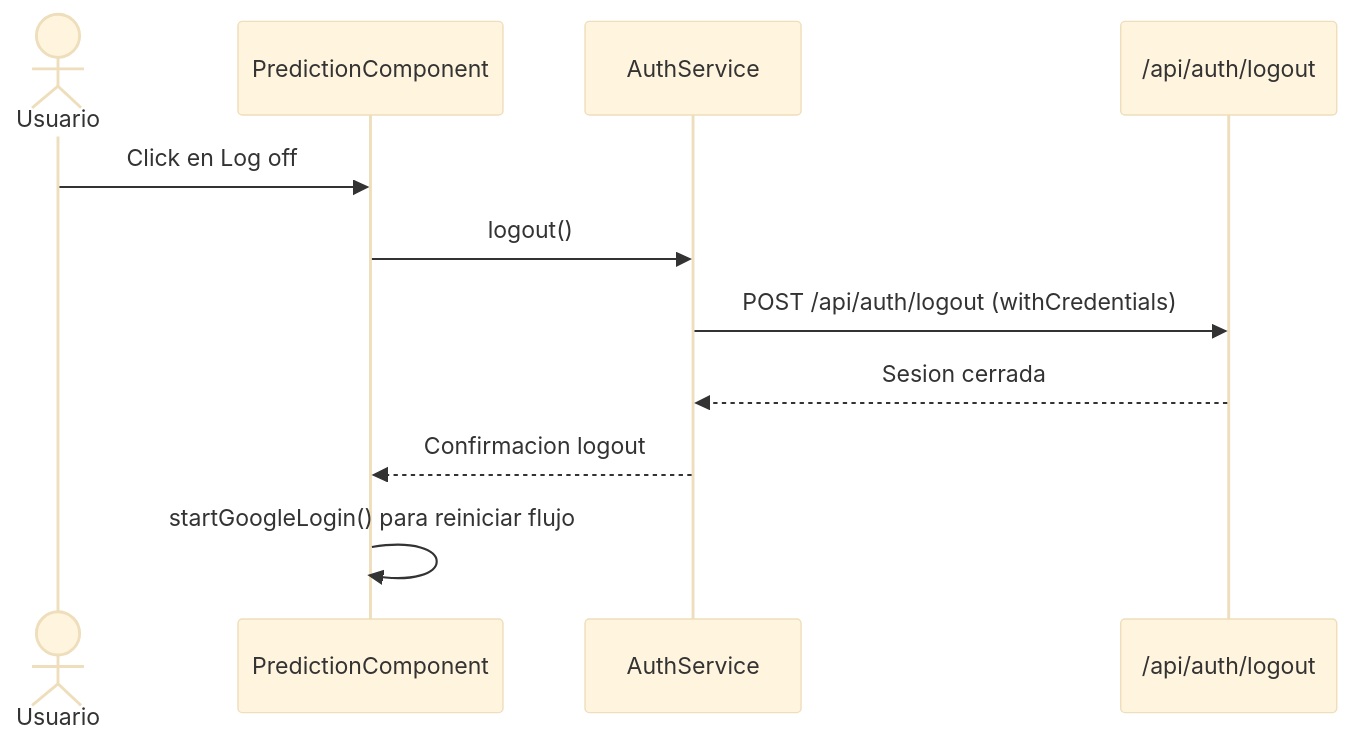
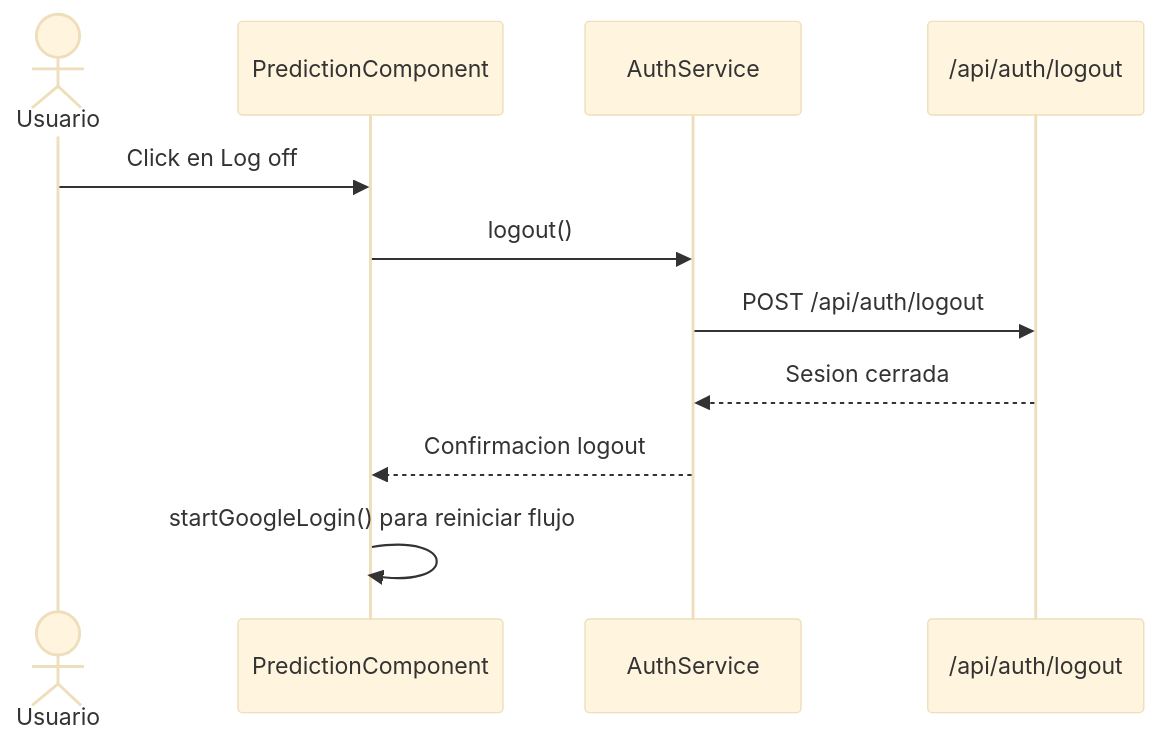
Before and after one commit to augmentdevon-febe/frontend: the seventh of 9 diagrams in fifa-world-cup-predictor/ARCHITECTURAL_ANALYSIS.md, drawn with Mermaid (base theme). The commit also changed other lines of this file and 22 other files, not shown here.

````diff
--- a/fifa-world-cup-predictor/ARCHITECTURAL_ANALYSIS.md
+++ b/fifa-world-cup-predictor/ARCHITECTURAL_ANALYSIS.md
@@ -287,14 +299,14 @@
 ```mermaid
 sequenceDiagram
 	actor Usuario
 	participant Pred as PredictionComponent
 	participant Auth as AuthService
 	participant Backend as /api/auth/logout
 
 	Usuario->>Pred: Click en Log off
 	Pred->>Auth: logout()
-	Auth->>Backend: POST /api/auth/logout (withCredentials)
+	Auth->>Backend: POST /api/auth/logout
 	Backend-->>Auth: Sesion cerrada
 	Auth-->>Pred: Confirmacion logout
 	Pred->>Pred: startGoogleLogin() para reiniciar flujo
 ```
````
